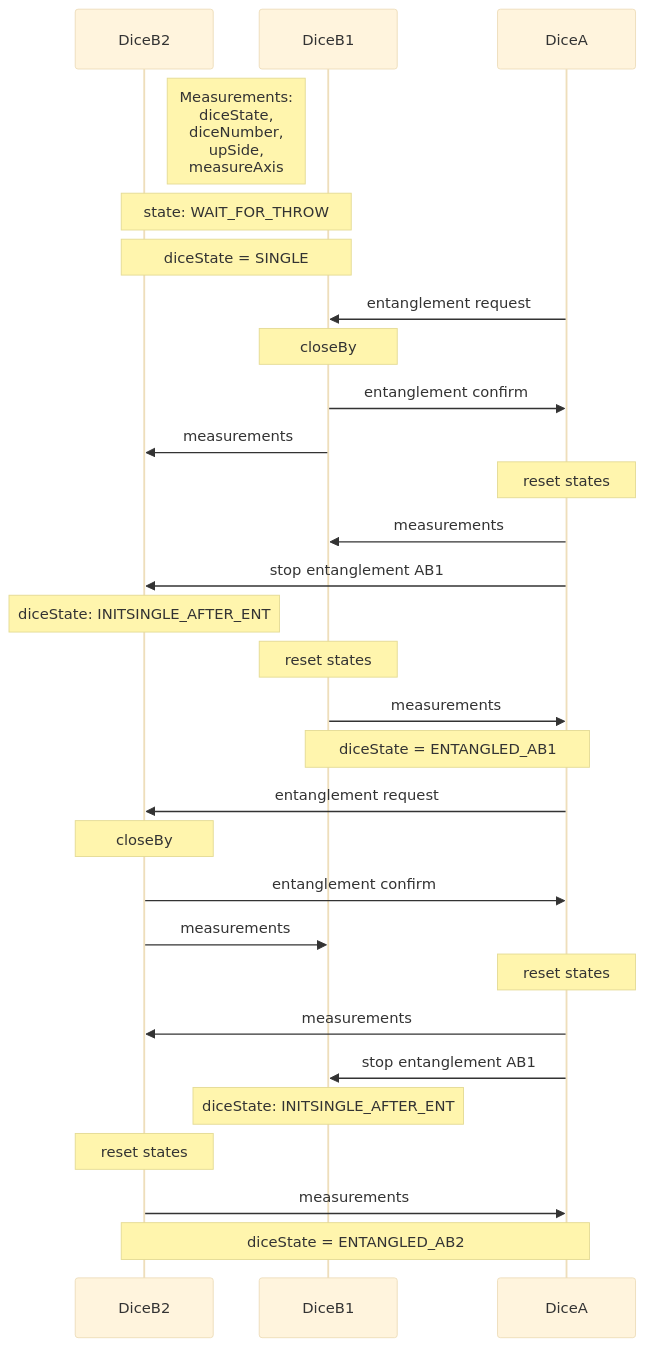
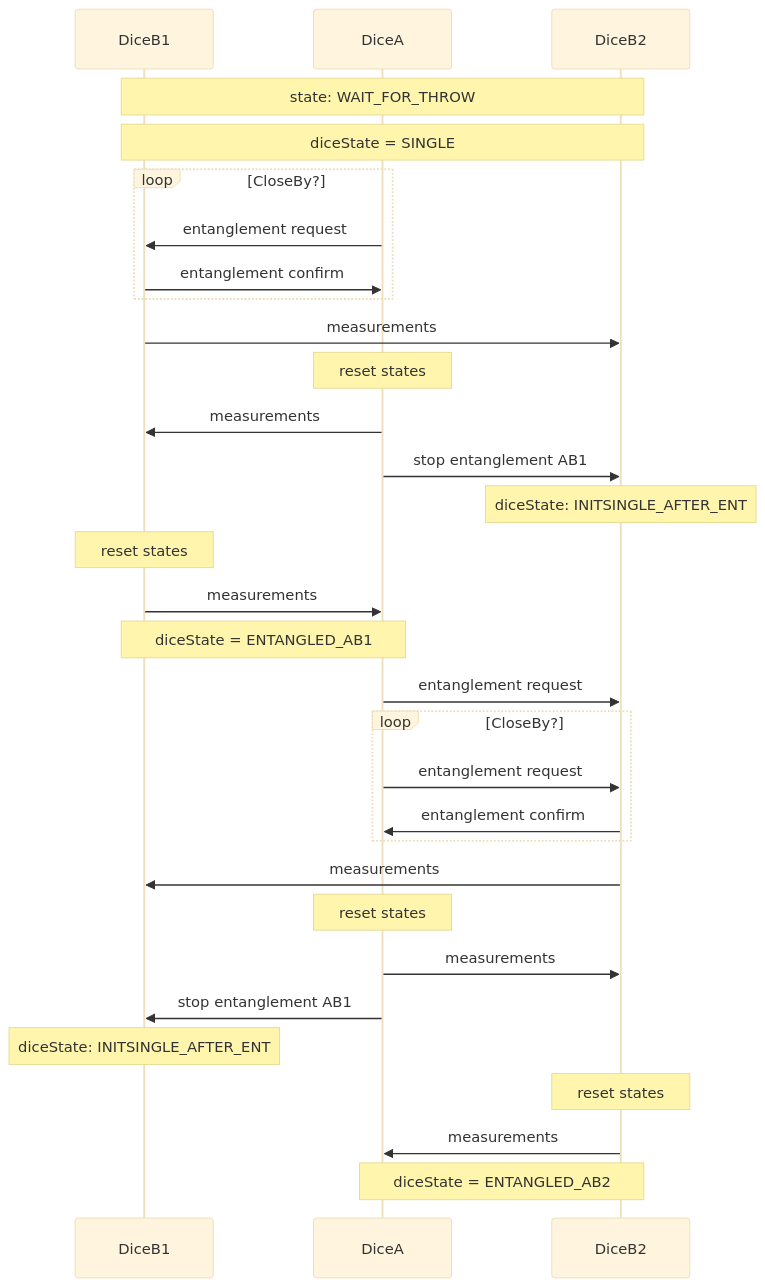
Before and after one commit to qlab-utwente/Quantum-Dice-by-UTwente: the second of 2 diagrams in Arduino/entanglement_sequence.md, drawn with Mermaid (base theme). The commit also changed other lines of this file, not shown here.

````diff
--- a/Arduino/entanglement_sequence.md
+++ b/Arduino/entanglement_sequence.md
@@ -18,35 +19,37 @@
 ```mermaid
 sequenceDiagram
-    Note right of DiceB2: Measurements:<br/> diceState,<br/>diceNumber,<br/>upSide,<br/>measureAxis
+
     participant DiceB1
     participant DiceA
     participant DiceB2
     Note over DiceB1,DiceB2: state: WAIT_FOR_THROW
     Note over DiceB1,DiceB2: diceState = SINGLE
-
-    DiceA->>DiceB1: entanglement request
-    Note over DiceB1: closeBy
-    DiceB1->>DiceA: entanglement confirm
+    loop CloseBy?
+        DiceA->>DiceB1: entanglement request
+        DiceB1->>DiceA: entanglement confirm
+    end
     DiceB1->>DiceB2: measurements
     Note over DiceA: reset states
     DiceA->>DiceB1: measurements
     DiceA->>DiceB2: stop entanglement AB1
     Note over DiceB2: diceState: INITSINGLE_AFTER_ENT
     Note over DiceB1: reset states
     DiceB1->>DiceA: measurements
     Note over DiceA,DiceB1: diceState = ENTANGLED_AB1
 
 
     DiceA->>DiceB2: entanglement request
-    Note over DiceB2: closeBy
-    DiceB2->>DiceA: entanglement confirm
+    loop CloseBy?
+        DiceA->>DiceB2: entanglement request
+        DiceB2->>DiceA: entanglement confirm
+    end
     DiceB2->>DiceB1: measurements
     Note over DiceA: reset states
     DiceA->>DiceB2: measurements
     DiceA->>DiceB1: stop entanglement AB1
     Note over DiceB1: diceState: INITSINGLE_AFTER_ENT
     Note over DiceB2: reset states
     DiceB2->>DiceA: measurements
     Note over DiceA,DiceB2: diceState = ENTANGLED_AB2
 
 ```
````
